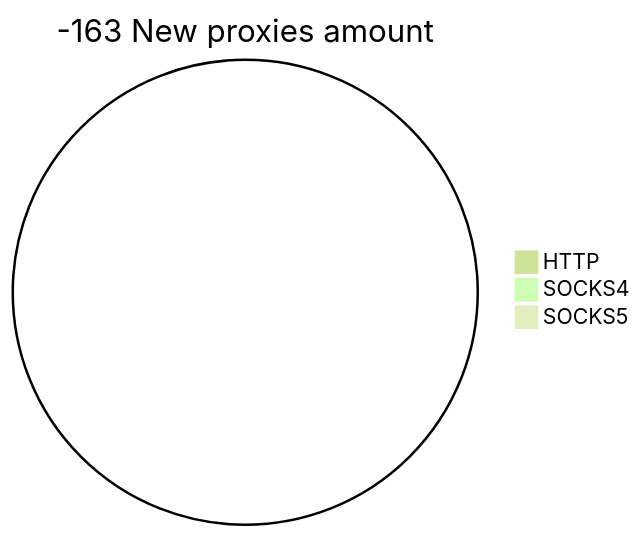
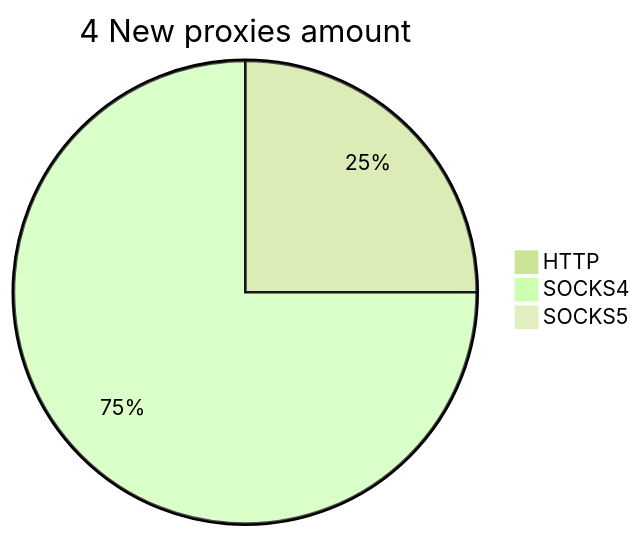
The second of 2 diagrams in README.md (cutipu/proxylist), drawn with Mermaid (forest theme) before and after one commit. The commit also changed other lines of this file, not shown here.

````diff
--- a/README.md
+++ b/README.md
@@ -10,6 +10,6 @@
 ```mermaid
-pie title -163 New proxies amount
-    "HTTP" : 0
-    "SOCKS4" : 0
+pie title 4 New proxies amount
+    "HTTP" : 1
+    "SOCKS4" : 3
     "SOCKS5" : 0
 ```
````
